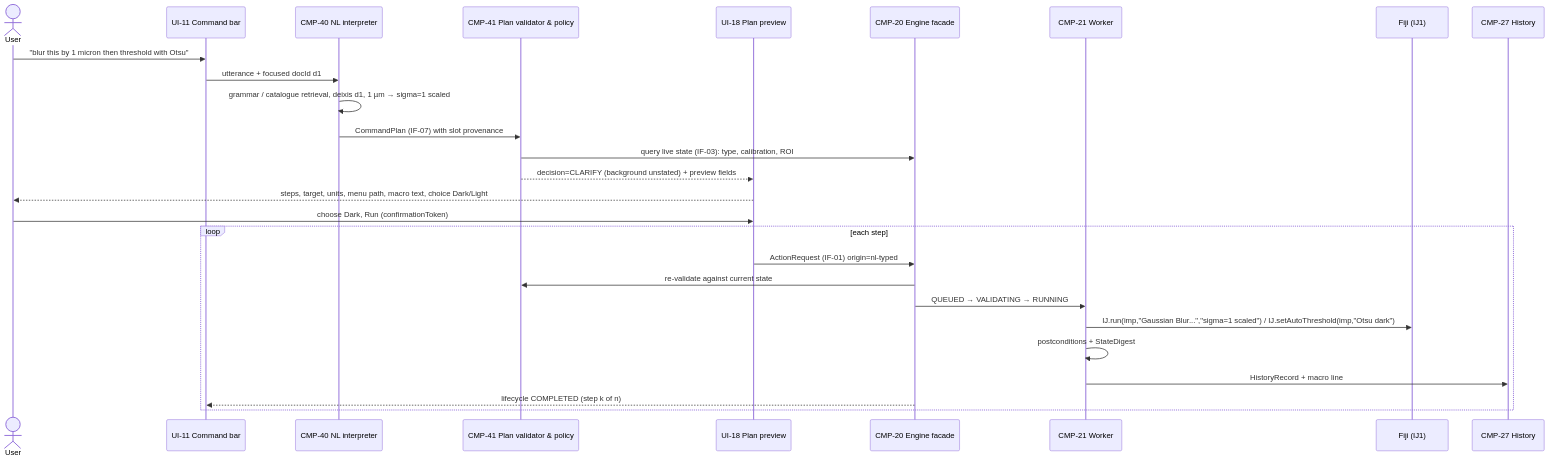
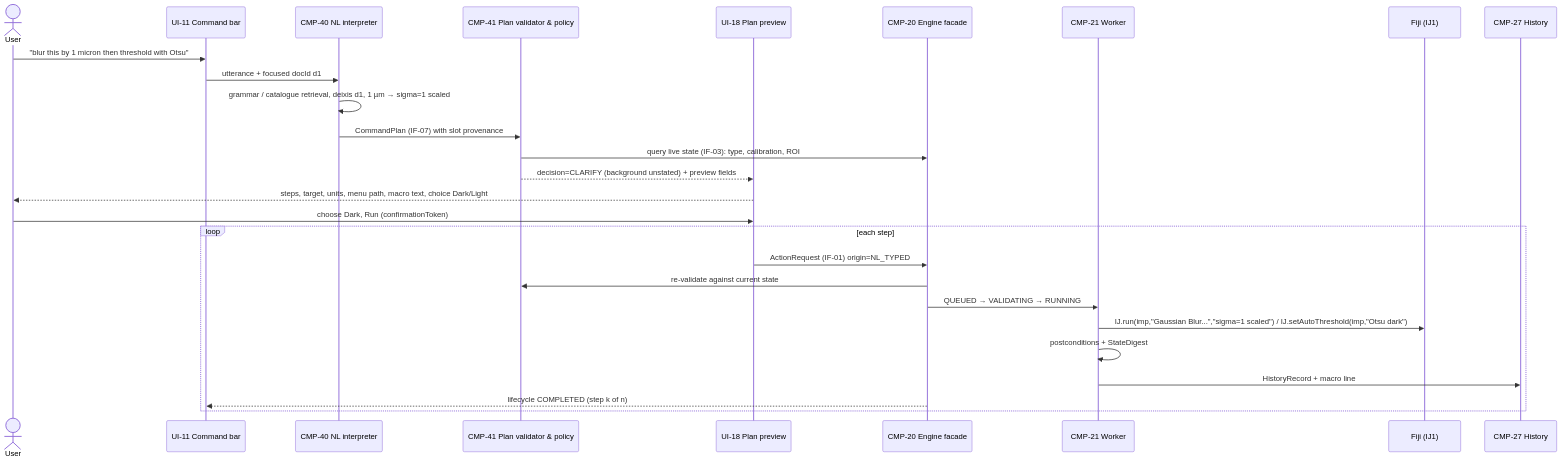
One commit to AyushGupta05/Voice changed the first of 3 diagrams in docs/02-design/04-workflows/D16-end-to-end-user-journeys.md. Above: the diagram before and after it, drawn with Mermaid. The commit also changed other lines of this file and 33 other files, not shown here.

````diff
--- a/docs/02-design/04-workflows/D16-end-to-end-user-journeys.md
+++ b/docs/02-design/04-workflows/D16-end-to-end-user-journeys.md
@@ -306,29 +317,29 @@
 ```mermaid
 sequenceDiagram
   actor U as User
   participant CB as UI-11 Command bar
   participant NL as CMP-40 NL interpreter
   participant PV as CMP-41 Plan validator & policy
   participant PS as UI-18 Plan preview
   participant EF as CMP-20 Engine facade
   participant W as CMP-21 Worker
   participant F as Fiji (IJ1)
   participant H as CMP-27 History
   U->>CB: "blur this by 1 micron then threshold with Otsu"
   CB->>NL: utterance + focused docId d1
   NL->>NL: grammar / catalogue retrieval, deixis d1, 1 µm → sigma=1 scaled
   NL->>PV: CommandPlan (IF-07) with slot provenance
   PV->>EF: query live state (IF-03): type, calibration, ROI
   PV-->>PS: decision=CLARIFY (background unstated) + preview fields
   PS-->>U: steps, target, units, menu path, macro text, choice Dark/Light
   U->>PS: choose Dark, Run (confirmationToken)
   loop each step
-    PS->>EF: ActionRequest (IF-01) origin=nl-typed
+    PS->>EF: ActionRequest (IF-01) origin=NL_TYPED
     EF->>PV: re-validate against current state
     EF->>W: QUEUED → VALIDATING → RUNNING
     W->>F: IJ.run(imp,"Gaussian Blur...","sigma=1 scaled") / IJ.setAutoThreshold(imp,"Otsu dark")
     W->>W: postconditions + StateDigest
     W->>H: HistoryRecord + macro line
     EF-->>CB: lifecycle COMPLETED (step k of n)
   end
 ```
````
